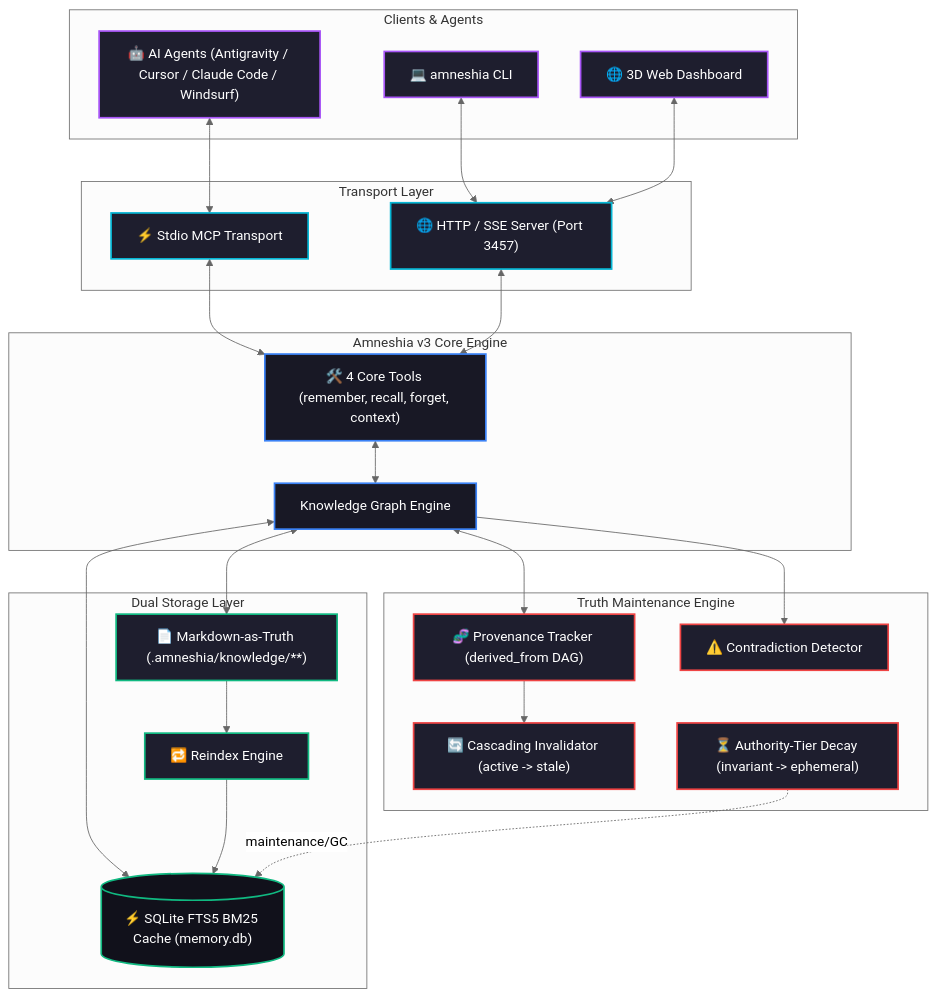
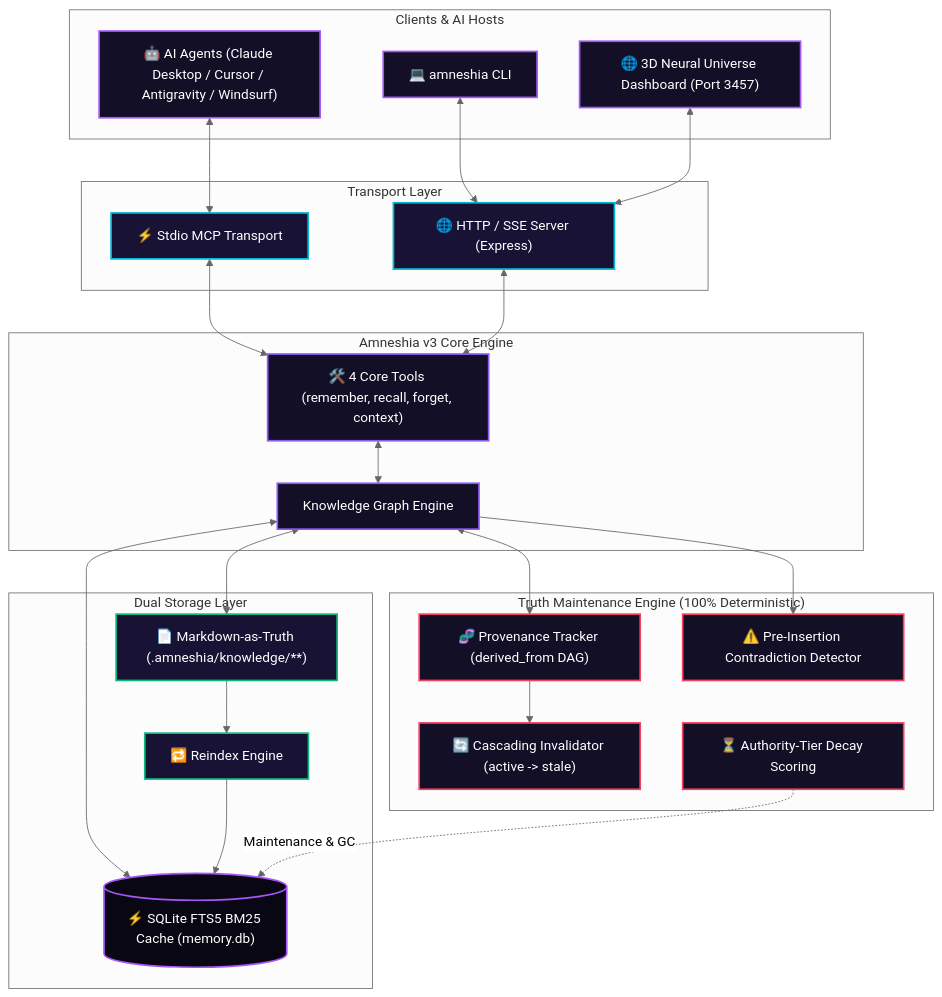
The diagram in README.md (SabilMurti/Amneshia), drawn with Mermaid (neutral theme) before and after one commit. The commit also changed other lines of this file, not shown here.

````diff
--- a/README.md
+++ b/README.md
@@ -49,53 +78,53 @@
 ```mermaid
 flowchart TB
-    classDef client fill:#1e1e2e,stroke:#a855f7,stroke-width:2px,color:#fff
-    classDef transport fill:#1e1e2e,stroke:#06b6d4,stroke-width:2px,color:#fff
-    classDef core fill:#181825,stroke:#3b82f6,stroke-width:2px,color:#fff
-    classDef storage fill:#1e1e2e,stroke:#10b981,stroke-width:2px,color:#fff
-    classDef truth fill:#1e1e2e,stroke:#ef4444,stroke-width:2px,color:#fff
-    classDef db fill:#11111b,stroke:#10b981,stroke-width:2px,color:#fff
+    classDef client fill:#120f26,stroke:#a855f7,stroke-width:2px,color:#fff
+    classDef transport fill:#181335,stroke:#06b6d4,stroke-width:2px,color:#fff
+    classDef core fill:#120f26,stroke:#8b5cf6,stroke-width:2px,color:#fff
+    classDef storage fill:#181335,stroke:#10b981,stroke-width:2px,color:#fff
+    classDef truth fill:#120f26,stroke:#f43f5e,stroke-width:2px,color:#fff
+    classDef db fill:#0a0714,stroke:#a855f7,stroke-width:2px,color:#fff
 
-    subgraph Clients ["Clients & Agents"]
-        Agent["🤖 AI Agents (Antigravity / Cursor / Claude Code / Windsurf)"]:::client
+    subgraph Clients ["Clients & AI Hosts"]
+        Agent["🤖 AI Agents (Claude Desktop / Cursor / Antigravity / Windsurf)"]:::client
         CLI["💻 amneshia CLI"]:::client
-        Browser["🌐 3D Web Dashboard"]:::client
+        Browser["🌐 3D Neural Universe Dashboard (Port 3457)"]:::client
     end
 
     subgraph Transport ["Transport Layer"]
         Stdio["⚡ Stdio MCP Transport"]:::transport
-        HTTP["🌐 HTTP / SSE Server (Port 3457)"]:::transport
+        HTTP["🌐 HTTP / SSE Server (Express)"]:::transport
     end
 
     subgraph Core ["Amneshia v3 Core Engine"]
         Tools["🛠️ 4 Core Tools (remember, recall, forget, context)"]:::core
         Graph["Knowledge Graph Engine"]:::core
     end
 
-    subgraph Truth ["Truth Maintenance Engine"]
+    subgraph Truth ["Truth Maintenance Engine (100% Deterministic)"]
         Provenance["🧬 Provenance Tracker (derived_from DAG)"]:::truth
-        Contradiction["⚠️ Contradiction Detector"]:::truth
+        Contradiction["⚠️ Pre-Insertion Contradiction Detector"]:::truth
         Cascade["🔄 Cascading Invalidator (active -> stale)"]:::truth
-        Decay["⏳ Authority-Tier Decay (invariant -> ephemeral)"]:::truth
+        Decay["⏳ Authority-Tier Decay Scoring"]:::truth
     end
 
     subgraph Storage ["Dual Storage Layer"]
         MdStore["📄 Markdown-as-Truth (.amneshia/knowledge/**)"]:::storage
         SQLite[("⚡ SQLite FTS5 BM25 Cache (memory.db)")]:::db
         Reindex["🔁 Reindex Engine"]:::storage
     end
 
     Agent <--> Stdio
     CLI <--> HTTP
     Browser <--> HTTP
     Stdio <--> Tools
     HTTP <--> Tools
     Tools <--> Graph
     Graph <--> Provenance
     Graph --> Contradiction
     Provenance --> Cascade
     Graph <--> MdStore
     Graph <--> SQLite
     MdStore --> Reindex
     Reindex --> SQLite
-    Decay -.->|maintenance/GC| SQLite
+    Decay -.->|Maintenance & GC| SQLite
 ```
````
